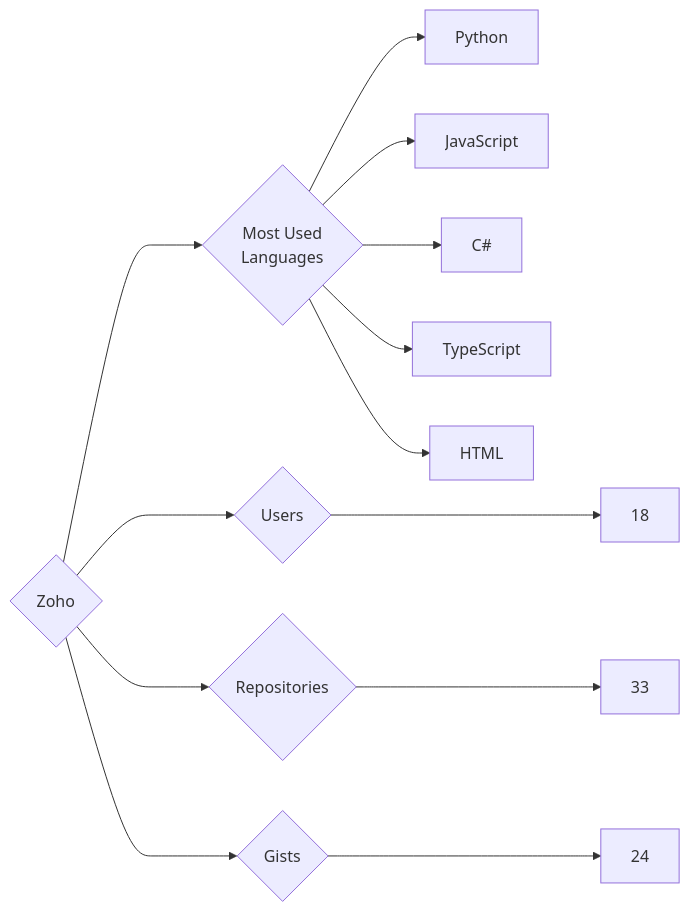
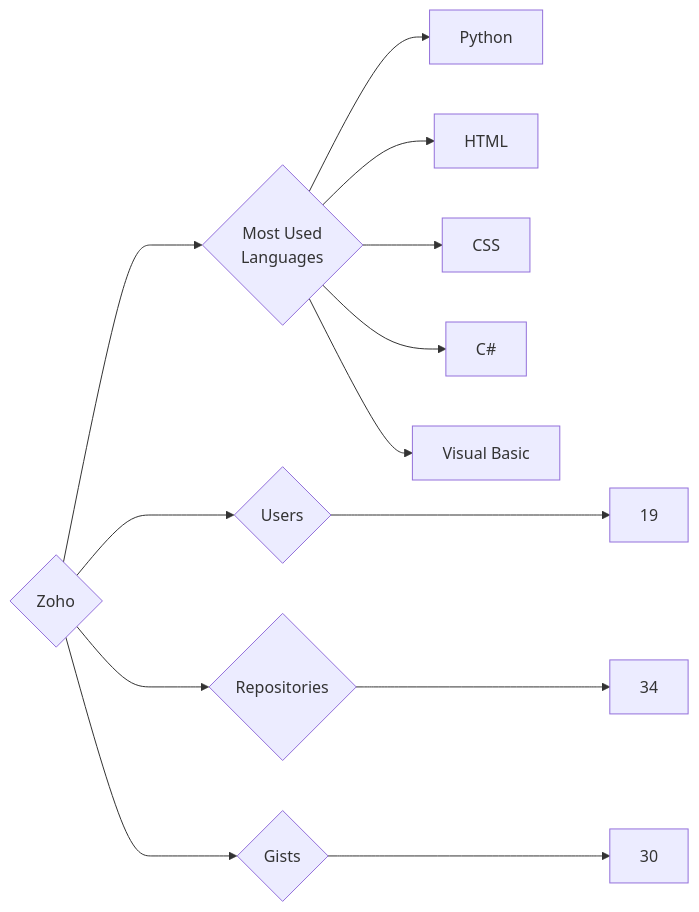
The diagram in targets/Zoho/README.md (trickest/insiders), drawn with Mermaid before and after one commit. The commit also changed 829 other files, not shown here.

````diff
--- a/targets/Zoho/README.md
+++ b/targets/Zoho/README.md
@@ -3,13 +3,13 @@
 ```mermaid
 graph LR
 COMPANY_NAME{Zoho}
-COMPANY_NAME ---> U{Users} ---> UN[18]
-COMPANY_NAME ---> R{Repositories} ---> RN[33]
-COMPANY_NAME ---> G{Gists} ---> GN[24]
+COMPANY_NAME ---> U{Users} ---> UN[19]
+COMPANY_NAME ---> R{Repositories} ---> RN[34]
+COMPANY_NAME ---> G{Gists} ---> GN[30]
 COMPANY_NAME ---> ML{Most Used<br>Languages}
 ML --> Python[Python]
-ML --> JavaScript[JavaScript]
+ML --> HTML[HTML]
+ML --> CSS[CSS]
 ML --> C#[C#]
-ML --> TypeScript[TypeScript]
-ML --> HTML[HTML]
+ML --> Visual_Basic[Visual Basic]
 ```
````
